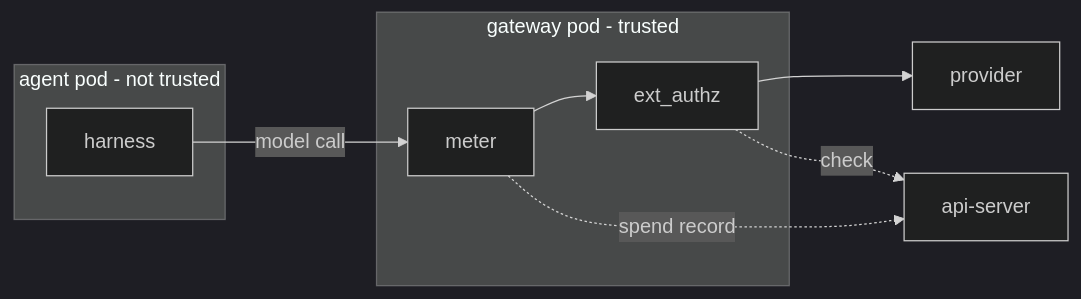
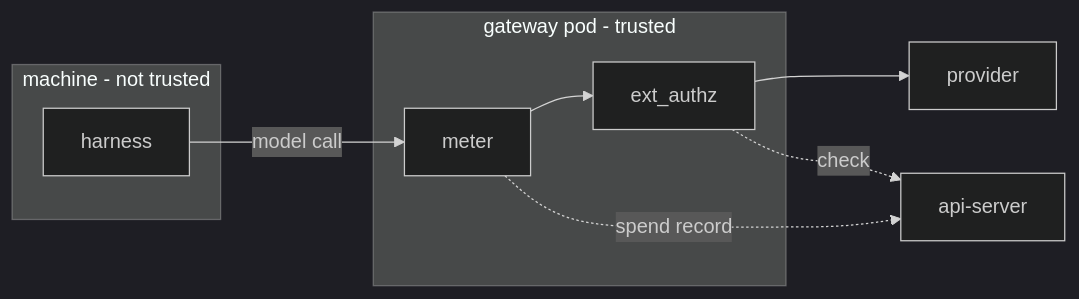
Before and after one commit to dam-agents/dam: the diagram in docs/architecture/spend-limits.md, drawn with Mermaid (dark theme). The commit also changed other lines of this file and 53 other files, not shown here.

````diff
--- a/docs/architecture/spend-limits.md
+++ b/docs/architecture/spend-limits.md
@@ -20,13 +20,13 @@
 ```mermaid
 flowchart LR
-  subgraph pod[agent pod - not trusted]
+  subgraph pod[machine - not trusted]
     H[harness]
   end
   subgraph gw[gateway pod - trusted]
     M[meter]
     A[ext_authz]
   end
   H -->|model call| M --> A --> P[provider]
   M -.spend record.-> S[api-server]
   A -.check.-> S
 ```
````
